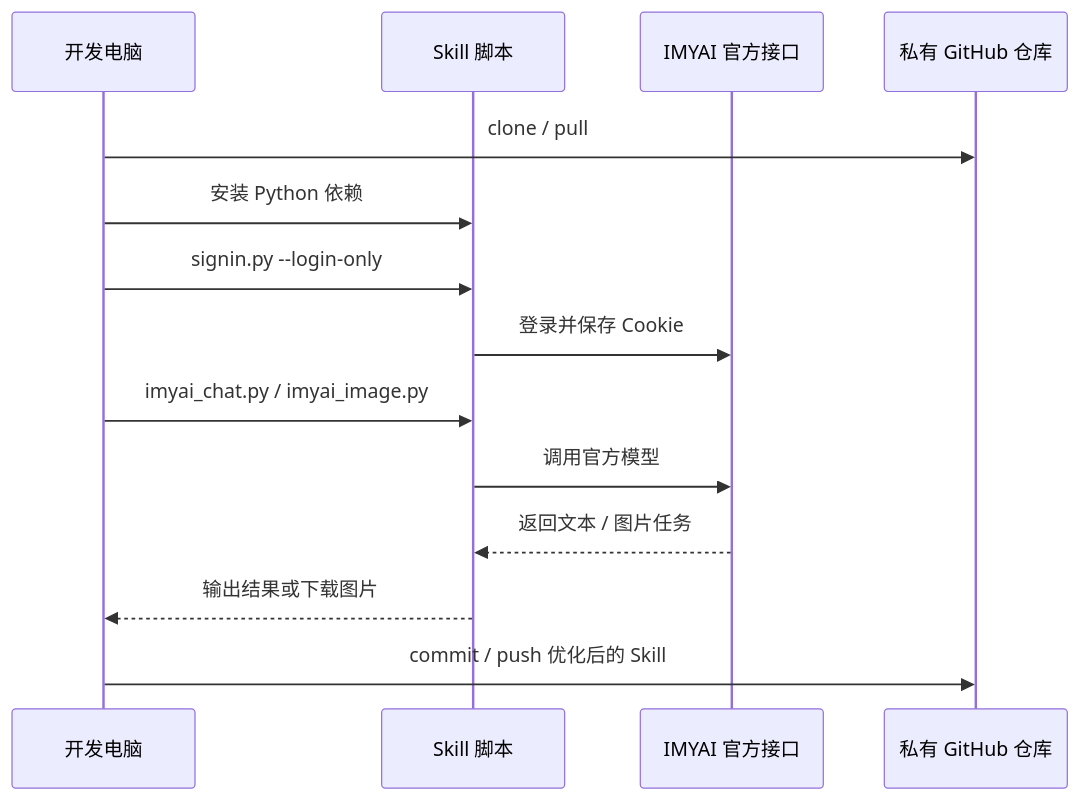
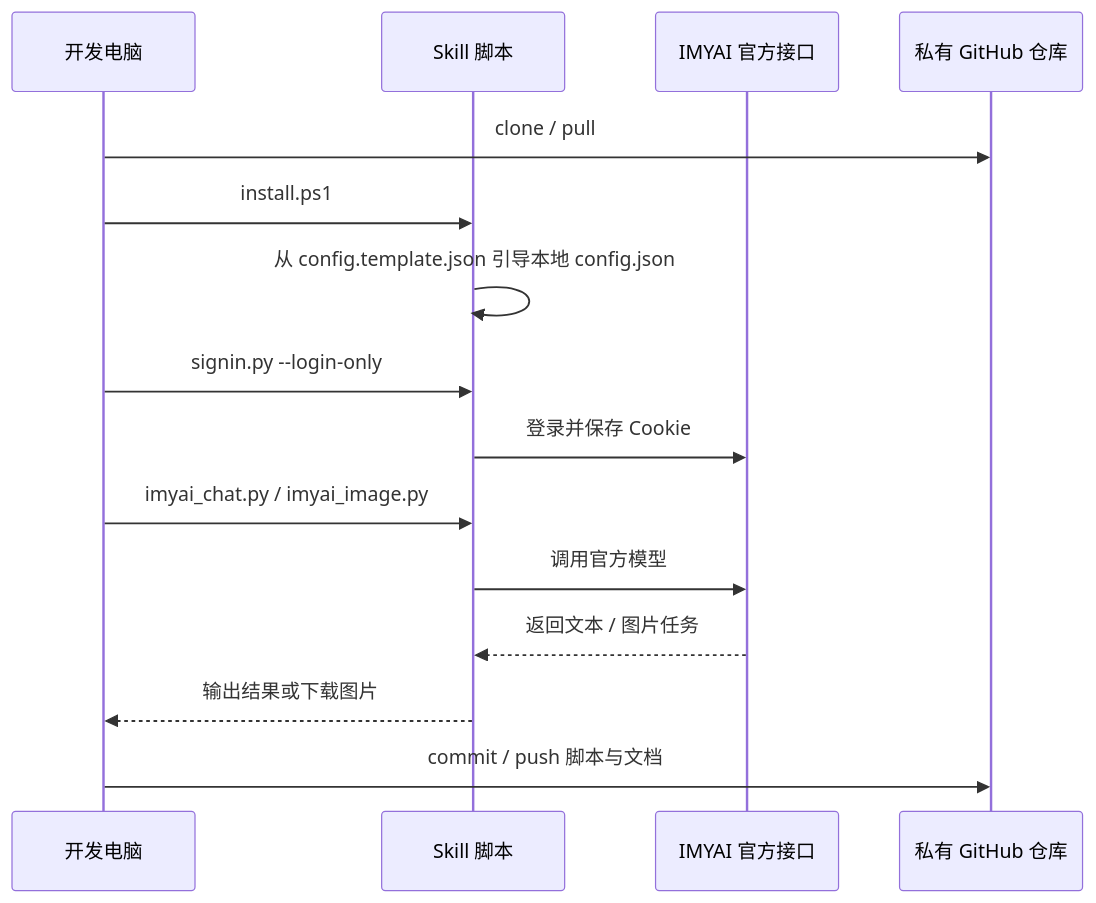
One commit to vegetpig/super-imyaigc-signin changed the second of 3 diagrams in README.md. Above: the diagram before and after it, drawn with Mermaid. The commit also changed other lines of this file and 15 other files, not shown here.

Commit message:
Harden zero-install flow and remove local secrets

````diff
--- a/README.md
+++ b/README.md
@@ -69,17 +69,18 @@
 ```mermaid
 sequenceDiagram
     participant Dev as 开发电脑
     participant Skill as Skill 脚本
     participant API as IMYAI 官方接口
     participant GitHub as 私有 GitHub 仓库
 
     Dev->>GitHub: clone / pull
-    Dev->>Skill: 安装 Python 依赖
+    Dev->>Skill: install.ps1
+    Skill->>Skill: 从 config.template.json 引导本地 config.json
     Dev->>Skill: signin.py --login-only
     Skill->>API: 登录并保存 Cookie
     Dev->>Skill: imyai_chat.py / imyai_image.py
     Skill->>API: 调用官方模型
     API-->>Skill: 返回文本 / 图片任务
     Skill-->>Dev: 输出结果或下载图片
-    Dev->>GitHub: commit / push 优化后的 Skill
+    Dev->>GitHub: commit / push 脚本与文档
 ```
````
